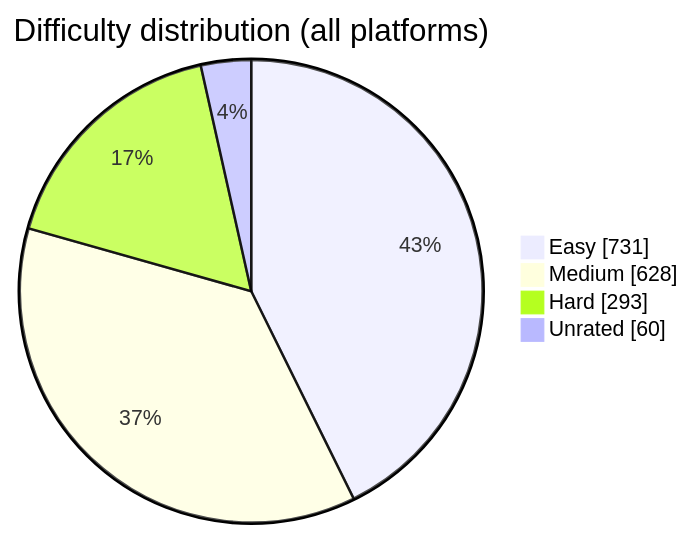
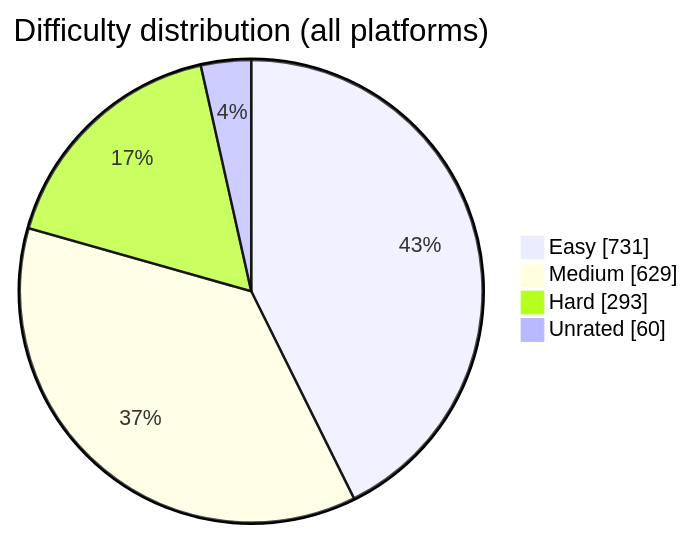
The diagram in README.md (BuildbyArindam/Daily-Coding-Log), drawn with Mermaid before and after one commit. The commit also changed other lines of this file, not shown here.

````diff
--- a/README.md
+++ b/README.md
@@ -93,7 +93,7 @@
 ```mermaid
 pie showData title Difficulty distribution (all platforms)
     "Easy" : 731
-    "Medium" : 628
+    "Medium" : 629
     "Hard" : 293
     "Unrated" : 60
 ```
````
